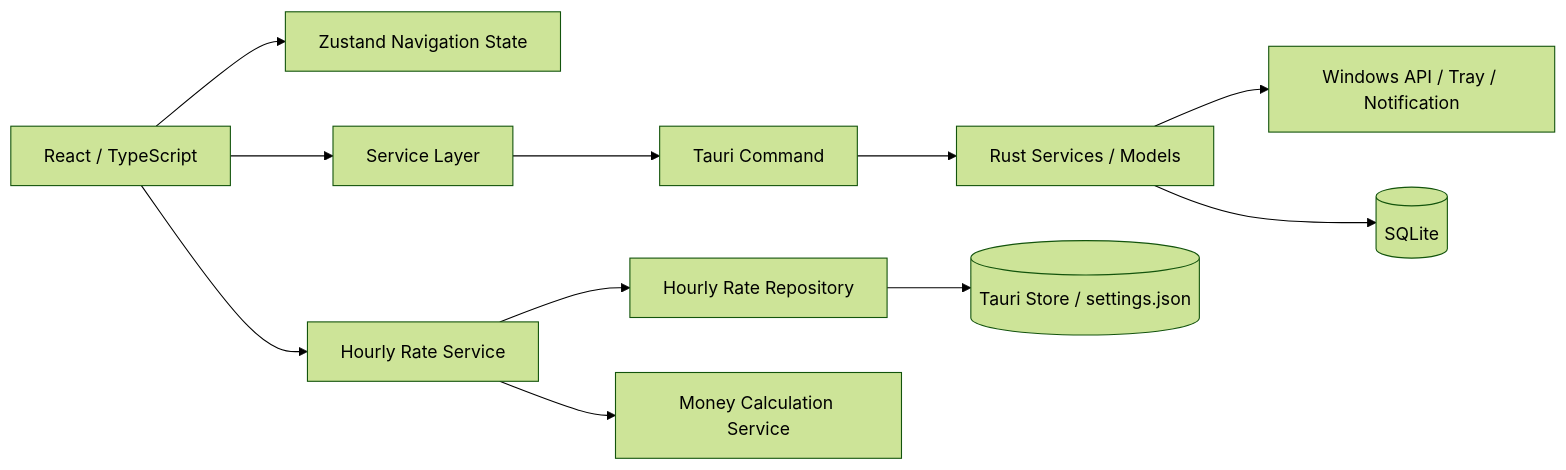
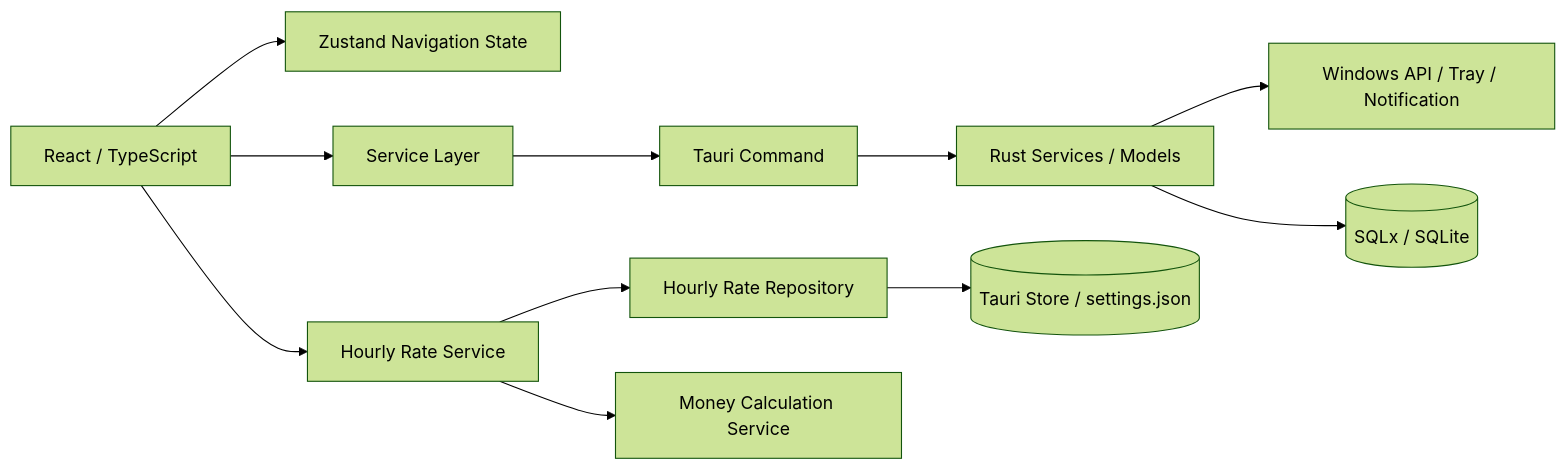
The diagram in docs/PROJECT_SPEC.md (Reossann/time-is-money), drawn with Mermaid (forest theme) before and after one commit. The commit also changed other lines of this file and 8 other files, not shown here.

````diff
--- a/docs/PROJECT_SPEC.md
+++ b/docs/PROJECT_SPEC.md
@@ -167,13 +168,13 @@
 ```mermaid
 flowchart LR
   UI[React / TypeScript] --> NAV[Zustand Navigation State]
   UI --> SVC[Service Layer]
   SVC --> CMD[Tauri Command]
   UI --> RATE[Hourly Rate Service]
   RATE --> REPO[Hourly Rate Repository]
   REPO --> STORE[(Tauri Store / settings.json)]
   RATE --> MONEY[Money Calculation Service]
   CMD --> RUST[Rust Services / Models]
   RUST --> OS[Windows API / Tray / Notification]
-  RUST --> DB[(SQLite)]
+  RUST --> DB[(SQLx / SQLite)]
 ```
````
